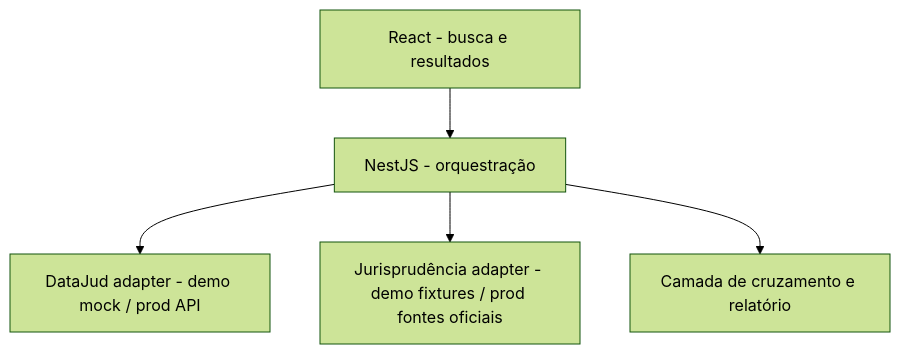
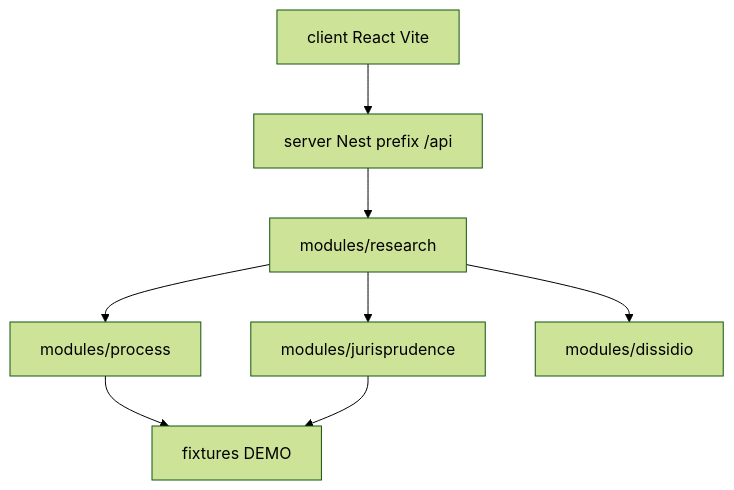
Before and after one commit to Bossmann007/openlegalai: the diagram in docs/ARCHITECTURE.md, drawn with Mermaid (forest theme). The commit also changed other lines of this file and 2 other files, not shown here.

Commit message:
docs: rewrite demo prompt to mirror buglan Nest layout

````diff
--- a/docs/ARCHITECTURE.md
+++ b/docs/ARCHITECTURE.md
@@ -3,12 +5,17 @@
 ```mermaid
 flowchart TB
-  UI[React - busca e resultados]
-  API[NestJS - orquestração]
-  DJ[DataJud adapter - demo mock / prod API]
-  JUR[Jurisprudência adapter - demo fixtures / prod fontes oficiais]
-  AI[Camada de cruzamento e relatório]
+  UI[client React Vite]
+  API[server Nest prefix /api]
+  R[modules/research]
+  P[modules/process]
+  J[modules/jurisprudence]
+  D[modules/dissidio]
+  F[fixtures DEMO]
   UI --> API
-  API --> DJ
-  API --> JUR
-  API --> AI
+  API --> R
+  R --> P
+  R --> J
+  R --> D
+  P --> F
+  J --> F
 ```
````
